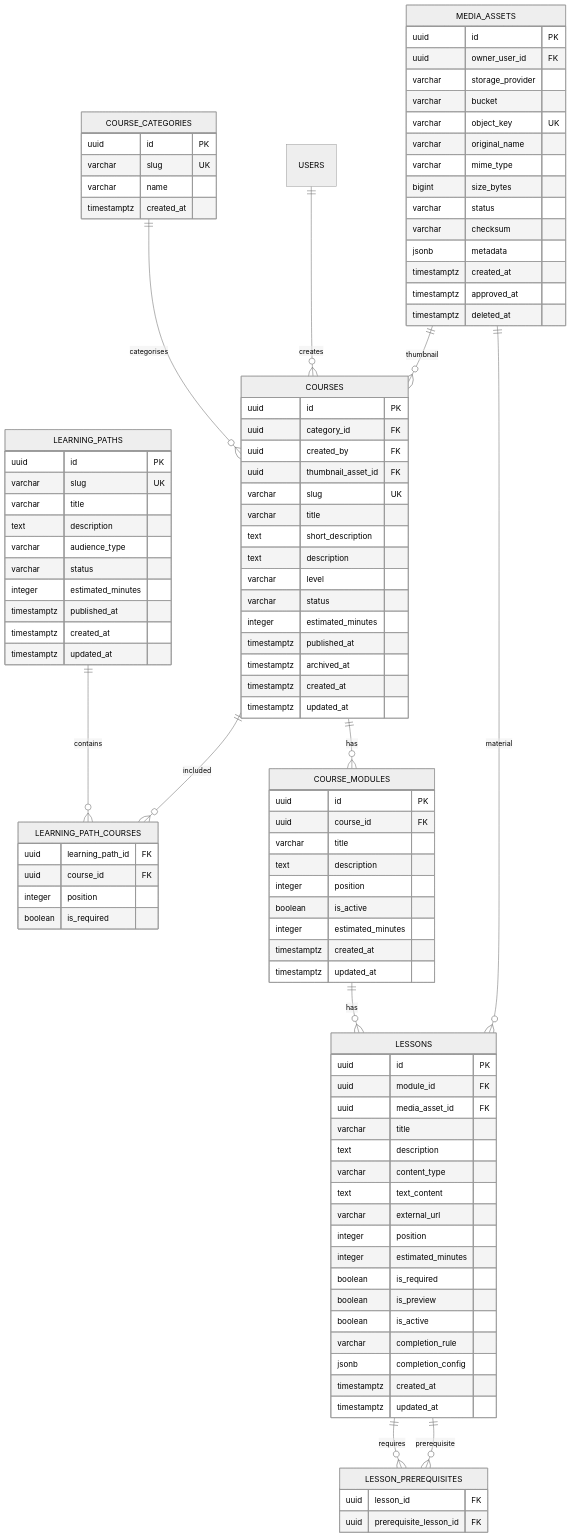
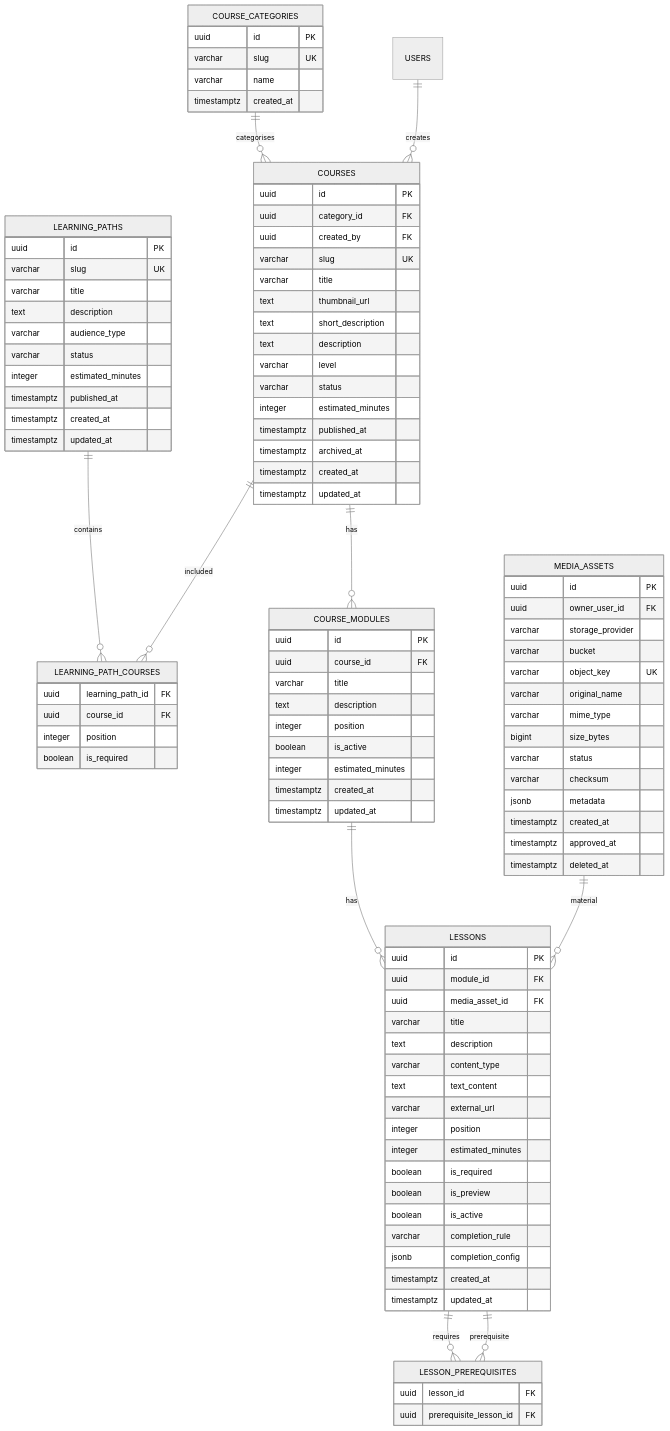
Before and after one commit to kvnlhm/lms-ai: the second of 7 diagrams in docs/database/ERD.md, drawn with Mermaid (neutral theme). The commit also changed 25 other files, not shown here.

Commit message:
feat(courses): add persistent thumbnail uploads

```diff
--- a/docs/database/ERD.md
+++ b/docs/database/ERD.md
@@ -151,7 +151,6 @@
     LESSONS ||--o{ LESSON_PREREQUISITES : requires
     LESSONS ||--o{ LESSON_PREREQUISITES : prerequisite
     USERS ||--o{ COURSES : creates
-    MEDIA_ASSETS ||--o{ COURSES : thumbnail
     MEDIA_ASSETS ||--o{ LESSONS : material
 
     LEARNING_PATHS {
@@ -185,9 +184,9 @@
         uuid id PK
         uuid category_id FK
         uuid created_by FK
-        uuid thumbnail_asset_id FK
         varchar slug UK
         varchar title
+        text thumbnail_url
         text short_description
         text description
         varchar level
```
